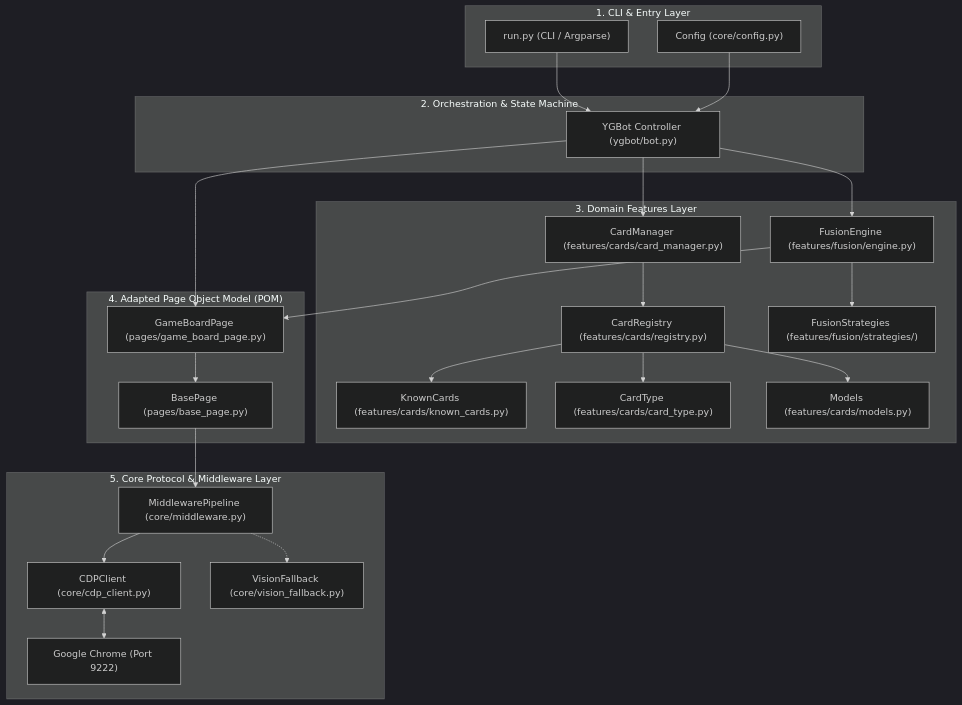
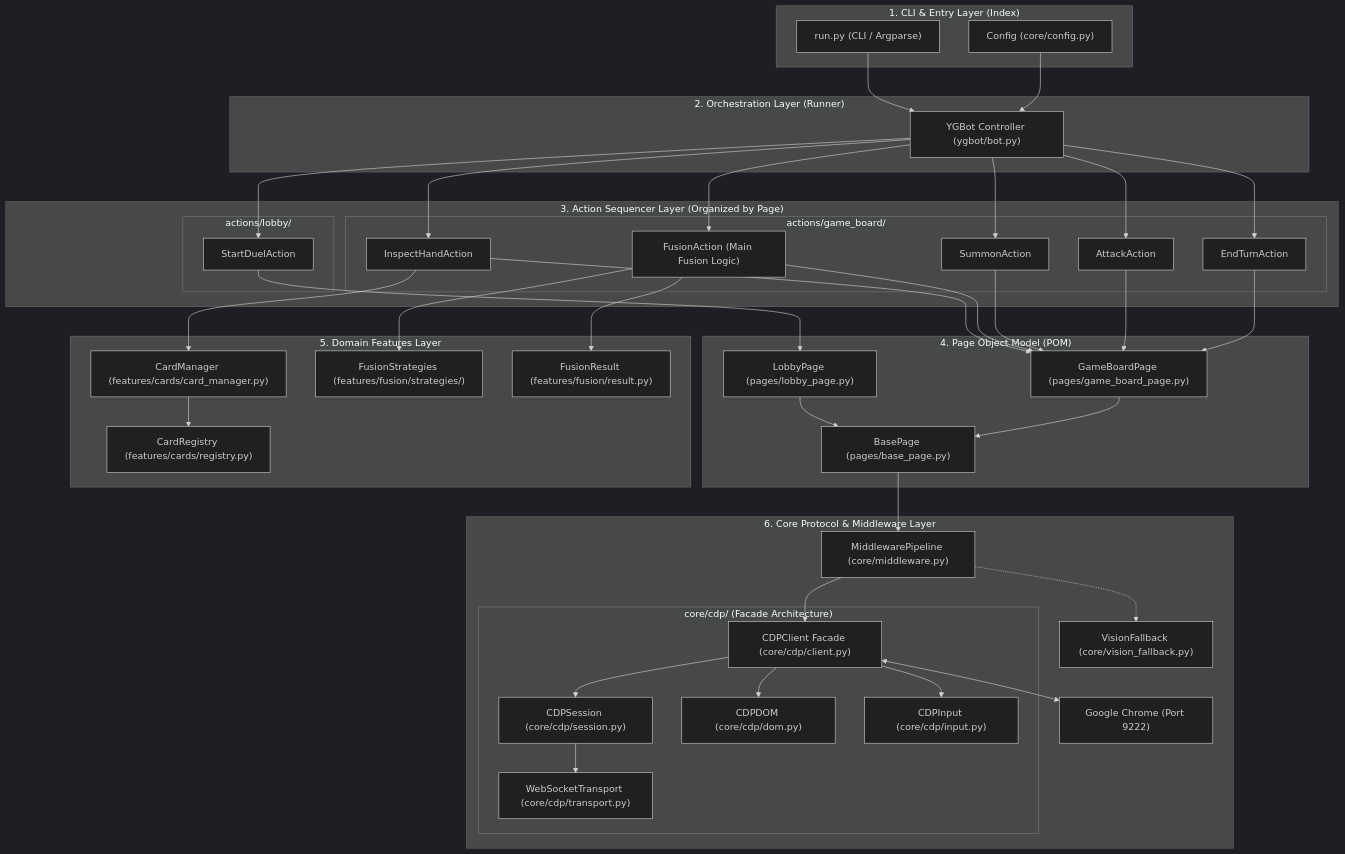
One commit to paulowinw/ygofm_bot changed the first of 2 diagrams in CODE_ARCHITECTURE.md. Above: the diagram before and after it, drawn with Mermaid (dark theme). The commit also changed other lines of this file and 70 other files, not shown here.

Commit message:
Applying the desing patter Facade Pattern (GoF), to cdp_client

````diff
--- a/CODE_ARCHITECTURE.md
+++ b/CODE_ARCHITECTURE.md
@@ -53,50 +71,82 @@
 ```mermaid
 flowchart TD
-    subgraph Presentation["1. CLI & Entry Layer"]
+    subgraph Presentation["1. CLI & Entry Layer (Index)"]
         CLI["run.py (CLI / Argparse)"]
         CFG["Config (core/config.py)"]
     end
 
-    subgraph Orchestration["2. Orchestration & State Machine"]
+    subgraph Orchestration["2. Orchestration Layer (Runner)"]
         BOT["YGBot Controller (ygbot/bot.py)"]
     end
 
-    subgraph Domain["3. Domain Features Layer"]
-        CM["CardManager (features/cards/card_manager.py)"]
-        CR["CardRegistry (features/cards/registry.py)"]
-        KC["KnownCards (features/cards/known_cards.py)"]
-        CT["CardType (features/cards/card_type.py)"]
-        MD["Models (features/cards/models.py)"]
-        FE["FusionEngine (features/fusion/engine.py)"]
-        FS["FusionStrategies (features/fusion/strategies/)"]
+    subgraph Actions["3. Action Sequencer Layer (Organized by Page)"]
+        subgraph LobbyActions["actions/lobby/"]
+            SDA["StartDuelAction"]
+        end
+        subgraph BoardActions["actions/game_board/"]
+            IHA["InspectHandAction"]
+            FA["FusionAction (Main Fusion Logic)"]
+            SMA["SummonAction"]
+            ATA["AttackAction"]
+            ETA["EndTurnAction"]
+        end
     end
 
-    subgraph POM["4. Adapted Page Object Model (POM)"]
+    subgraph POM["4. Page Object Model (POM)"]
+        LP["LobbyPage (pages/lobby_page.py)"]
         GBP["GameBoardPage (pages/game_board_page.py)"]
         BP["BasePage (pages/base_page.py)"]
     end
 
-    subgraph Core["5. Core Protocol & Middleware Layer"]
+    subgraph Domain["5. Domain Features Layer"]
+        CM["CardManager (features/cards/card_manager.py)"]
+        CR["CardRegistry (features/cards/registry.py)"]
+        FS["FusionStrategies (features/fusion/strategies/)"]
+        FR["FusionResult (features/fusion/result.py)"]
+    end
+
+    subgraph Core["6. Core Protocol & Middleware Layer"]
         MW["MiddlewarePipeline (core/middleware.py)"]
-        CDP["CDPClient (core/cdp_client.py)"]
+        subgraph CDP_Subsystems["core/cdp/ (Facade Architecture)"]
+            CDP["CDPClient Facade (core/cdp/client.py)"]
+            SES["CDPSession (core/cdp/session.py)"]
+            TRN["WebSocketTransport (core/cdp/transport.py)"]
+            DOM["CDPDOM (core/cdp/dom.py)"]
+            INP["CDPInput (core/cdp/input.py)"]
+        end
         VF["VisionFallback (core/vision_fallback.py)"]
         Browser["Google Chrome (Port 9222)"]
+
+        CDP --> SES
+        CDP --> DOM
+        CDP --> INP
+        SES --> TRN
     end
 
     CLI --> BOT
     CFG --> BOT
-    BOT --> GBP
-    BOT --> CM
-    BOT --> FE
-    FE --> FS
-    FE --> GBP
+    BOT --> SDA
+    BOT --> IHA
+    BOT --> FA
+    BOT --> SMA
+    BOT --> ATA
+    BOT --> ETA
+
+    SDA --> LP
+    IHA --> GBP
+    FA --> GBP
+    FA --> FS
+    FA --> FR
+    IHA --> CM
     CM --> CR
-    CR --> KC
-    CR --> CT
-    CR --> MD
+    SMA --> GBP
+    ATA --> GBP
+    ETA --> GBP
+
+    LP --> BP
     GBP --> BP
     BP --> MW
     MW --> CDP
     MW -.-> VF
     CDP <--> Browser
 ```
````
